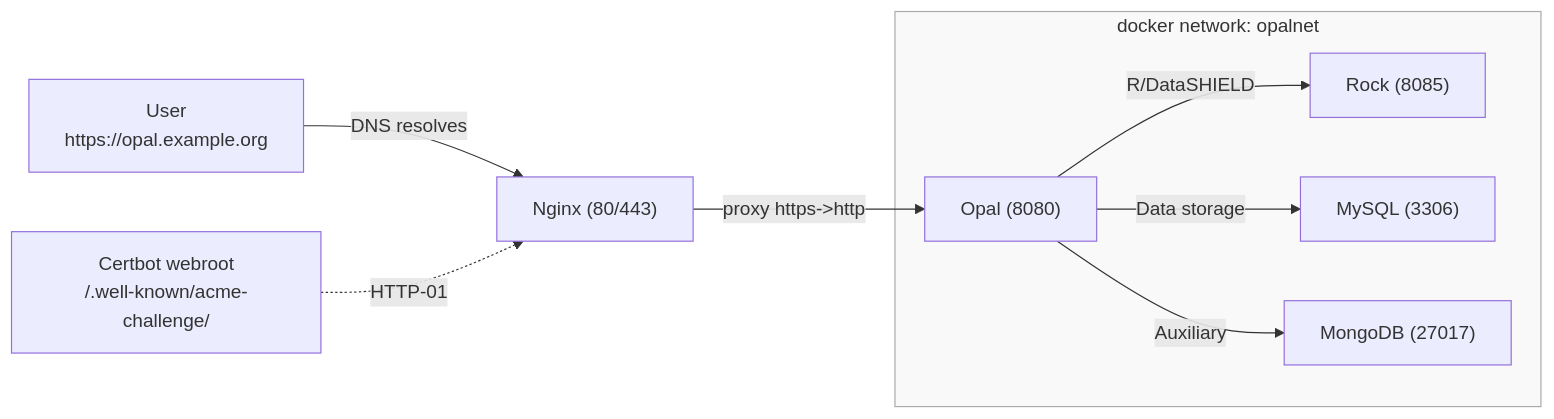
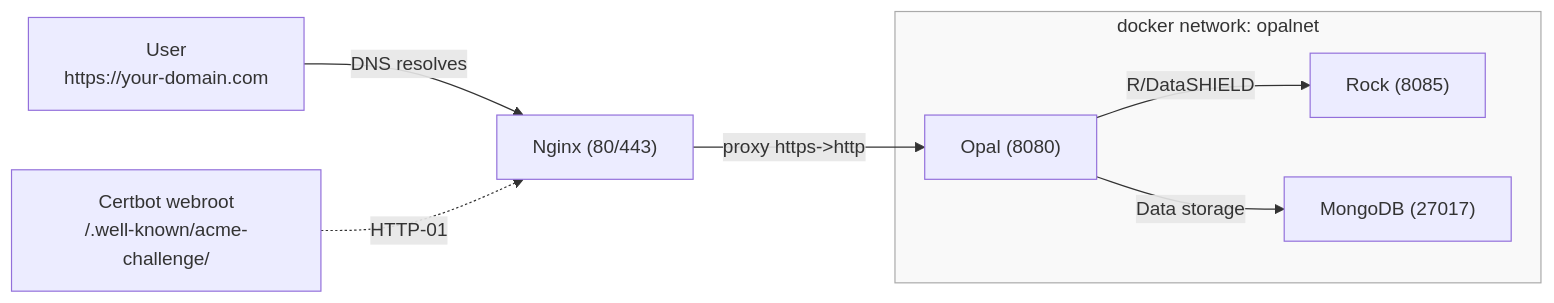
The diagram in website/3-going-live.qmd (ESCRI11/datashield-workshop-2025), drawn with Mermaid before and after one commit. The commit also changed other lines of this file and 136 other files, not shown here.

````diff
--- a/website/3-going-live.qmd
+++ b/website/3-going-live.qmd
@@ -260,15 +61,14 @@
 ```{mermaid}
 graph LR
-  U["User<br/>https://opal.example.org"] -->|DNS resolves| N["Nginx (80/443)"]
+  U["User<br/>https://your-domain.com"] -->|DNS resolves| N["Nginx (80/443)"]
   N -->|proxy https->http| O["Opal (8080)"]
   subgraph Profiles["docker network: opalnet"]
     O -->|R/DataSHIELD| R["Rock (8085)"]
-    O -->|Data storage| MSQL["MySQL (3306)"]
-    O -->|Auxiliary| MONGO["MongoDB (27017)"]
+    O -->|Data storage| MONGO["MongoDB (27017)"]
   end
   ACME["Certbot webroot<br/>/.well-known/acme-challenge/"] -.->|HTTP-01| N
 
   %% Define a lighter background for the subgraph
   classDef light fill:#f9f9f9,stroke:#aaa,stroke-width:1px;
   class Profiles light;
 ```
````
